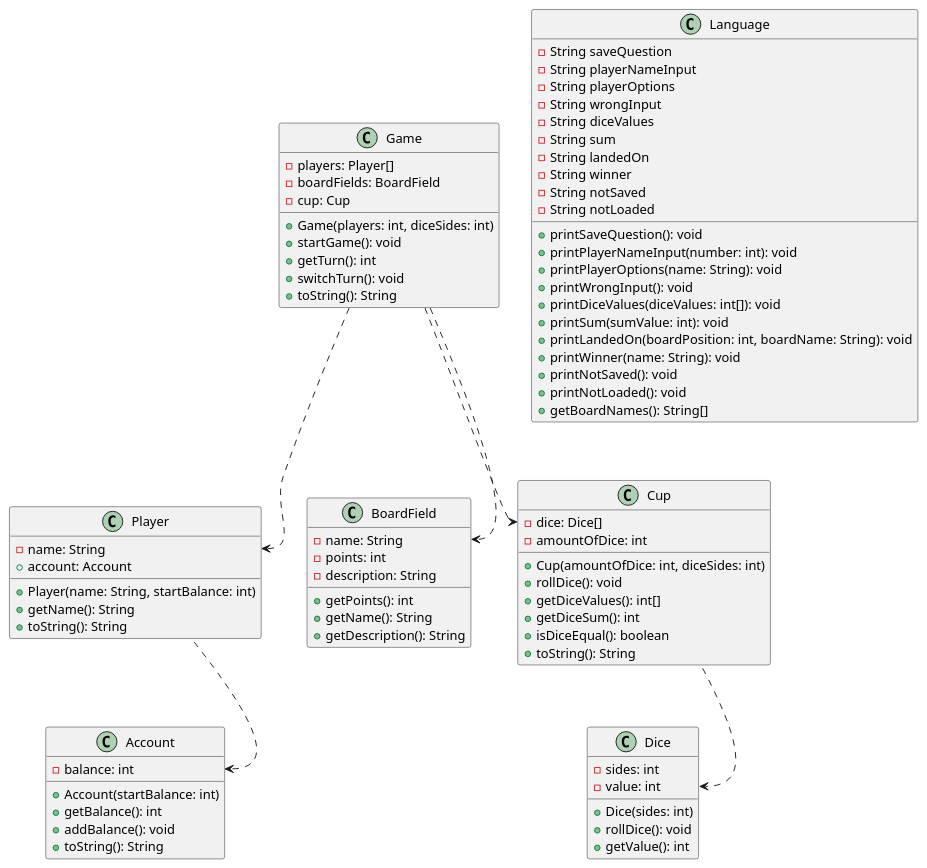
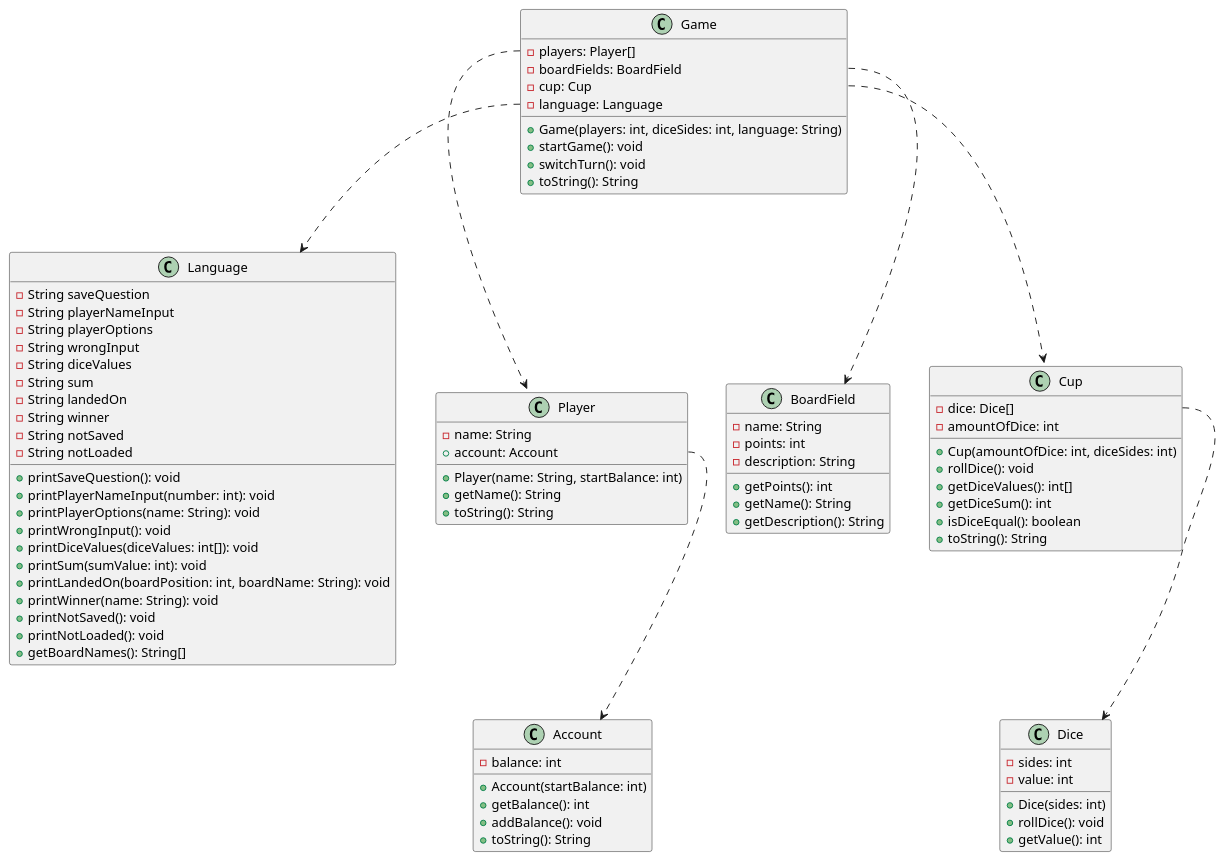
Before and after one commit to CDIO-gruppe-13/CDIO-Del-2: the diagram in class_diagram.wsd, drawn with PlantUML. The commit also changed 6 other files, not shown here.

```diff
--- a/class_diagram.wsd
+++ b/class_diagram.wsd
@@ -6,88 +6,89 @@
 @startuml class_diagram
 'skinparam classAttributeIconSize 0
 
 class Game {
     -players: Player[]
     -boardFields: BoardField
     -cup: Cup
-    +Game(players: int, diceSides: int)
+    -language: Language
+    +Game(players: int, diceSides: int, language: String)
     +startGame(): void
-    +getTurn(): int
     +switchTurn(): void
     +toString(): String
 }
 
 class Language {
     - String saveQuestion
     - String playerNameInput
     - String playerOptions
     - String wrongInput
     - String diceValues
     - String sum
     - String landedOn
     - String winner
     - String notSaved
     - String notLoaded
     + printSaveQuestion(): void
     + printPlayerNameInput(number: int): void
     + printPlayerOptions(name: String): void
     + printWrongInput(): void
     + printDiceValues(diceValues: int[]): void
     + printSum(sumValue: int): void
     + printLandedOn(boardPosition: int, boardName: String): void
     + printWinner(name: String): void
     + printNotSaved(): void
     + printNotLoaded(): void
     + getBoardNames(): String[]
 }
 
 class Player {
     -name: String
     +account: Account
     +Player(name: String, startBalance: int)
     +getName(): String
     +toString(): String
 }
 
 class BoardField {
     -name: String
     -points: int
     -description: String
     +getPoints(): int
     +getName(): String
     +getDescription(): String
 }
 
 class Cup {
     -dice: Dice[]
     -amountOfDice: int
     +Cup(amountOfDice: int, diceSides: int)
     +rollDice(): void
     +getDiceValues(): int[]
     +getDiceSum(): int
     +isDiceEqual(): boolean
     +toString(): String
 }
 
 class Dice {
     -sides: int
     -value: int
     +Dice(sides: int)
     +rollDice(): void
     +getValue(): int
 }
 
 class Account {
     -balance: int
     +Account(startBalance: int)
     +getBalance(): int
     +addBalance(): void
     +toString(): String
 }
 
-Game ..> Player::name
-Game ..> BoardField::name
-Game ..> Cup::dice
-Cup ..> Dice::value
-Player ..> Account::balance
+Game::players ..> Player
+Game::boardFields ..> BoardField
+Game::cup ..> Cup
+Game::language ..> Language
+Cup::dice ..> Dice
+Player::account ..> Account
 @enduml
```
